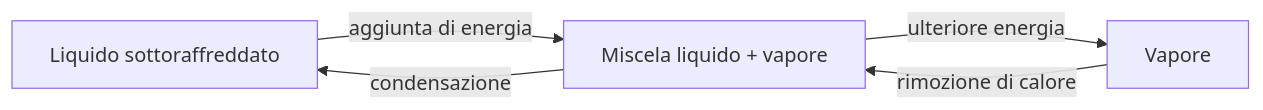
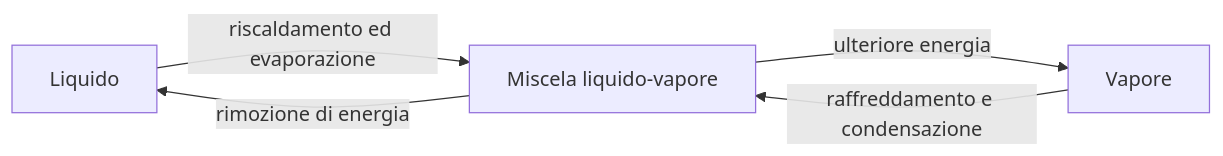
One commit to archistico/NuclearReactorSimulator changed the third of 19 diagrams in docs/usermanual/MANUALE_UTENTE_NUCLEAR_REACTOR_SIMULATOR.md. Above: the diagram before and after it, drawn with Mermaid. The commit also changed other lines of this file and 4 other files, not shown here.

````diff
--- a/docs/usermanual/MANUALE_UTENTE_NUCLEAR_REACTOR_SIMULATOR.md
+++ b/docs/usermanual/MANUALE_UTENTE_NUCLEAR_REACTOR_SIMULATOR.md
@@ -307,7 +187,7 @@
 ```mermaid
 flowchart LR
-    A[Liquido sottoraffreddato] -->|aggiunta di energia| B[Miscela liquido + vapore]
-    B -->|ulteriore energia| C[Vapore]
-    C -->|rimozione di calore| B
-    B -->|condensazione| A
+    L["Liquido"] -->|"riscaldamento ed evaporazione"| M["Miscela liquido-vapore"]
+    M -->|"ulteriore energia"| V["Vapore"]
+    V -->|"raffreddamento e condensazione"| M
+    M -->|"rimozione di energia"| L
 ```
````
